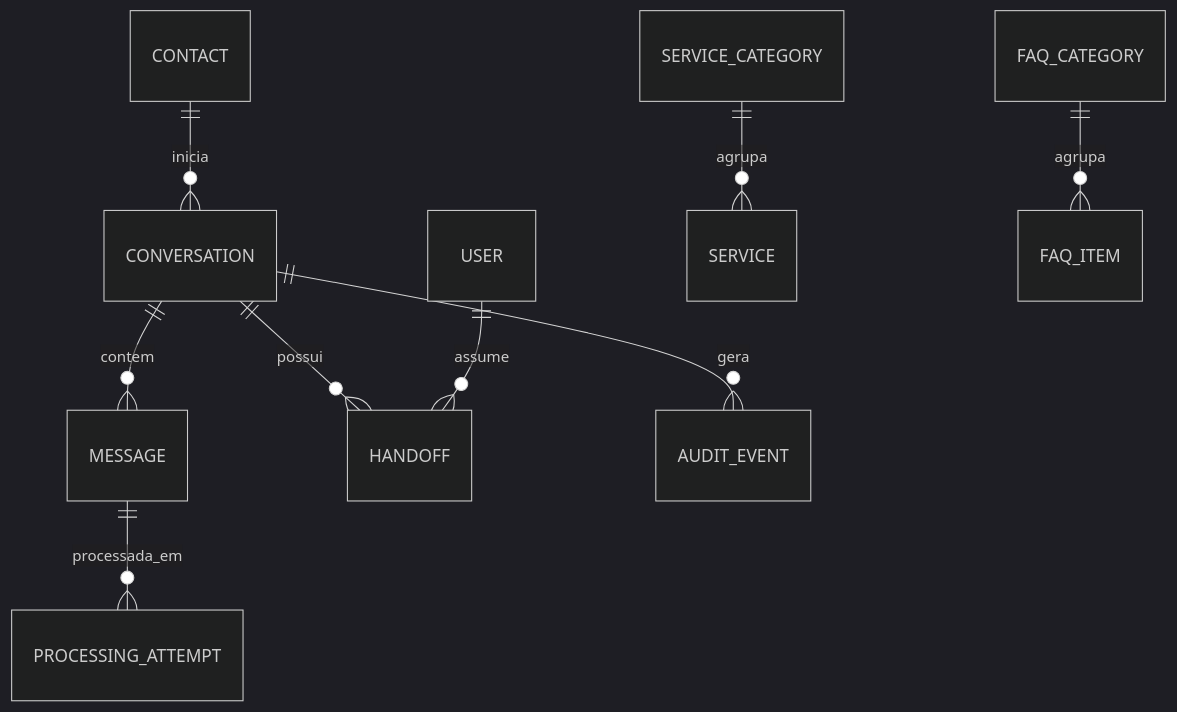
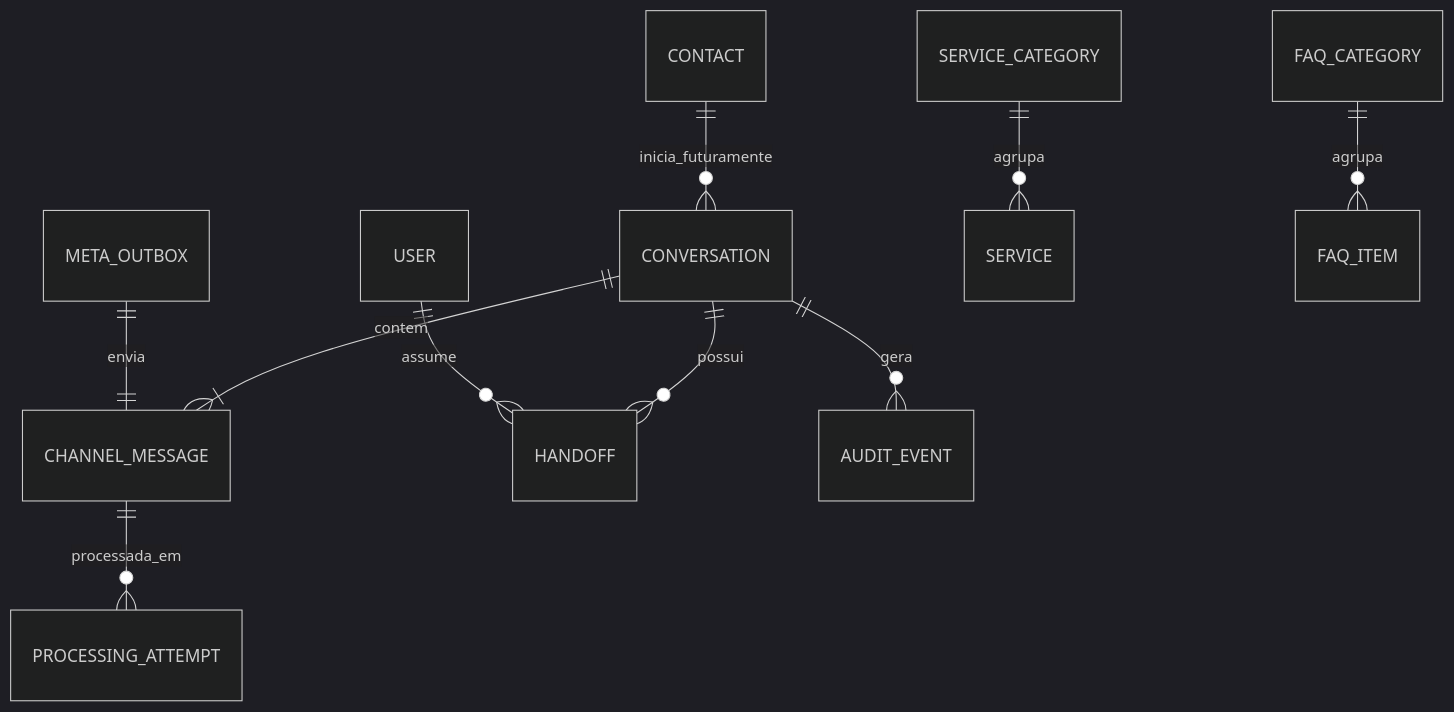
One commit to felipeft/WhatsFlow changed the third of 3 diagrams in docs/architecture.md. Above: the diagram before and after it, drawn with Mermaid (dark theme). The commit also changed other lines of this file and 37 other files, not shown here.

````diff
--- a/docs/architecture.md
+++ b/docs/architecture.md
@@ -206,11 +214,12 @@
 ```mermaid
 erDiagram
-    CONTACT ||--o{ CONVERSATION : inicia
-    CONVERSATION ||--o{ MESSAGE : contem
+    CONVERSATION ||--|{ CHANNEL_MESSAGE : contem
+    META_OUTBOX ||--|| CHANNEL_MESSAGE : envia
+    CONTACT ||--o{ CONVERSATION : inicia_futuramente
     CONVERSATION ||--o{ HANDOFF : possui
     USER ||--o{ HANDOFF : assume
     SERVICE_CATEGORY ||--o{ SERVICE : agrupa
     FAQ_CATEGORY ||--o{ FAQ_ITEM : agrupa
     CONVERSATION ||--o{ AUDIT_EVENT : gera
-    MESSAGE ||--o{ PROCESSING_ATTEMPT : processada_em
+    CHANNEL_MESSAGE ||--o{ PROCESSING_ATTEMPT : processada_em
 ```
````
